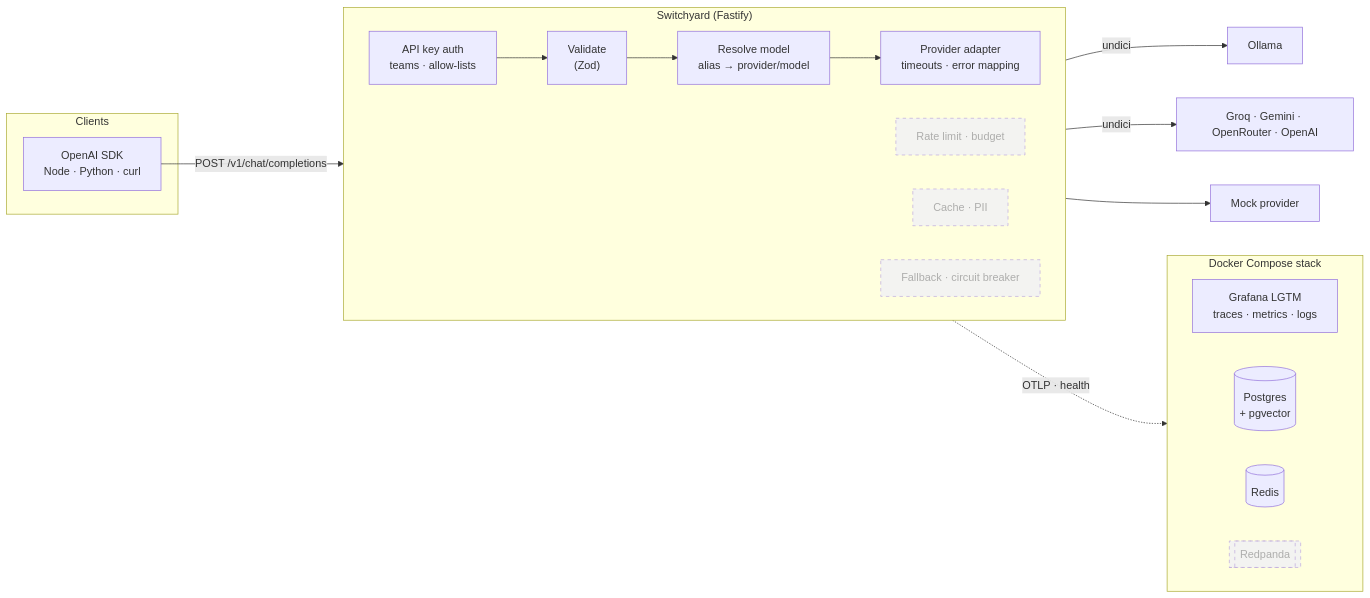
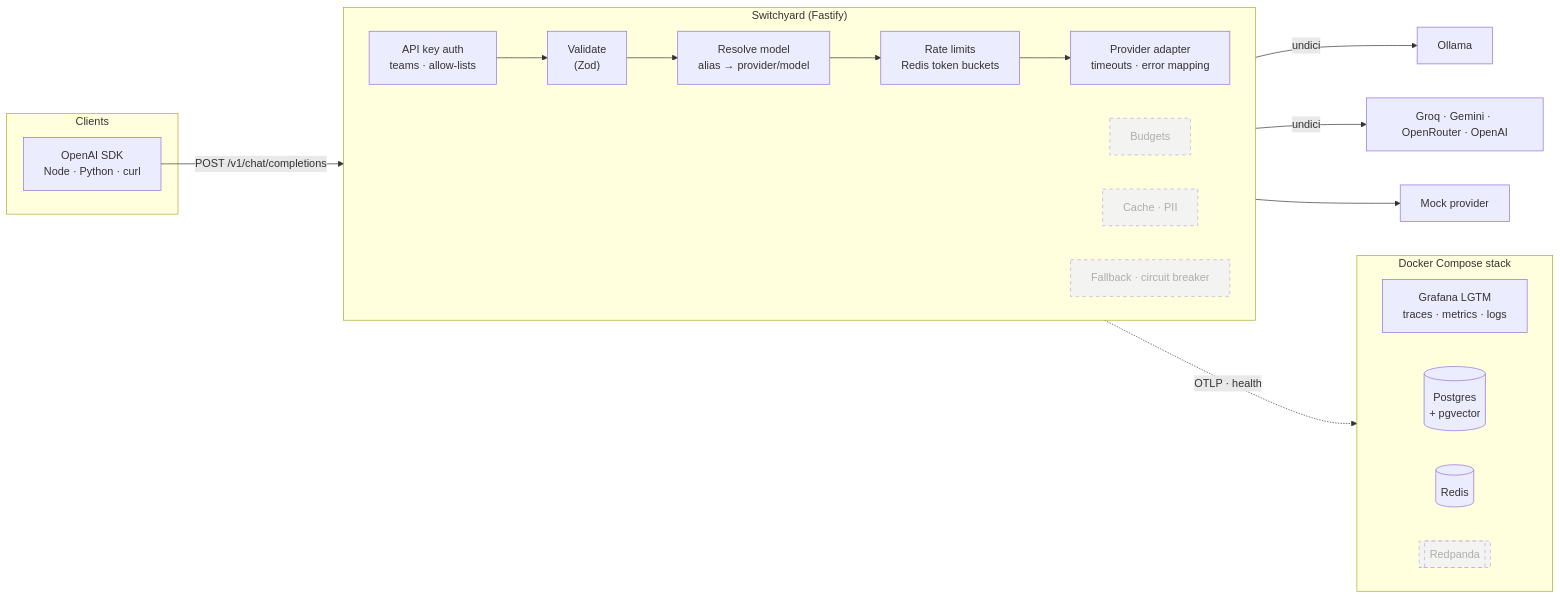
One commit to thisanches07/switchyard changed the first of 5 diagrams in README.md. Above: the diagram before and after it, drawn with Mermaid. The commit also changed other lines of this file and 4 other files, not shown here.

Commit message:
docs: rate limits guide, smoke step and spec 005 verification [spec-005]

````diff
--- a/README.md
+++ b/README.md
@@ -213,33 +213,34 @@
 ```mermaid
 flowchart LR
   subgraph Clients
     SDK["OpenAI SDK<br/>Node · Python · curl"]
   end
 
   subgraph GW["Switchyard (Fastify)"]
     direction LR
     AUTH["API key auth<br/>teams · allow-lists"] --> V["Validate<br/>(Zod)"]
     V --> RES["Resolve model<br/>alias → provider/model"]
-    RES --> AD["Provider adapter<br/>timeouts · error mapping"]
-    LIM["Rate limit · budget"]:::planned
+    RES --> LIM --> AD["Provider adapter<br/>timeouts · error mapping"]
+    LIM["Rate limits<br/>Redis token buckets"]
+    BUD["Budgets"]:::planned
     CACHE["Cache · PII"]:::planned
     FB["Fallback · circuit breaker"]:::planned
   end
 
   SDK -->|"POST /v1/chat/completions"| AUTH
   AD -->|undici| OL["Ollama"]
   AD -->|undici| OAI["Groq · Gemini · OpenRouter · OpenAI"]
   AD --> MOCK["Mock provider"]
 
   subgraph Infra["Docker Compose stack"]
     direction LR
     LGTM["Grafana LGTM<br/>traces · metrics · logs"]
     PG[("Postgres<br/>+ pgvector")]
     RD[("Redis")]
     KF[["Redpanda"]]:::planned
   end
 
   GW -. "OTLP · health" .-> Infra
 
   classDef planned stroke-dasharray: 5 5,opacity:0.6
 ```
````
